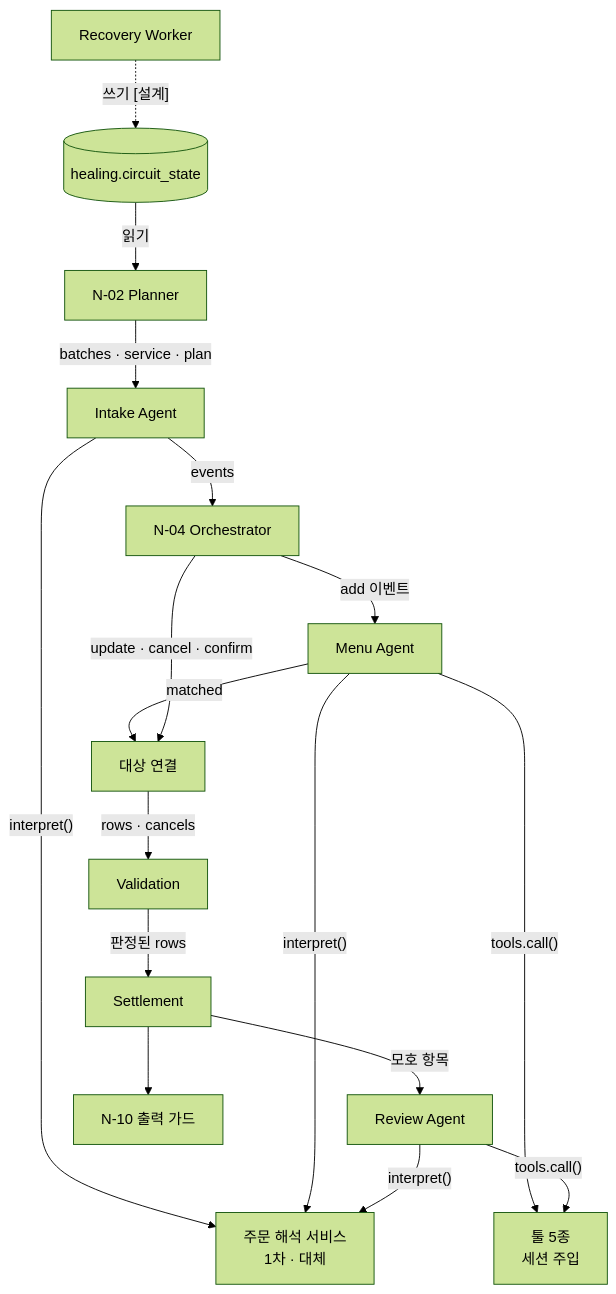
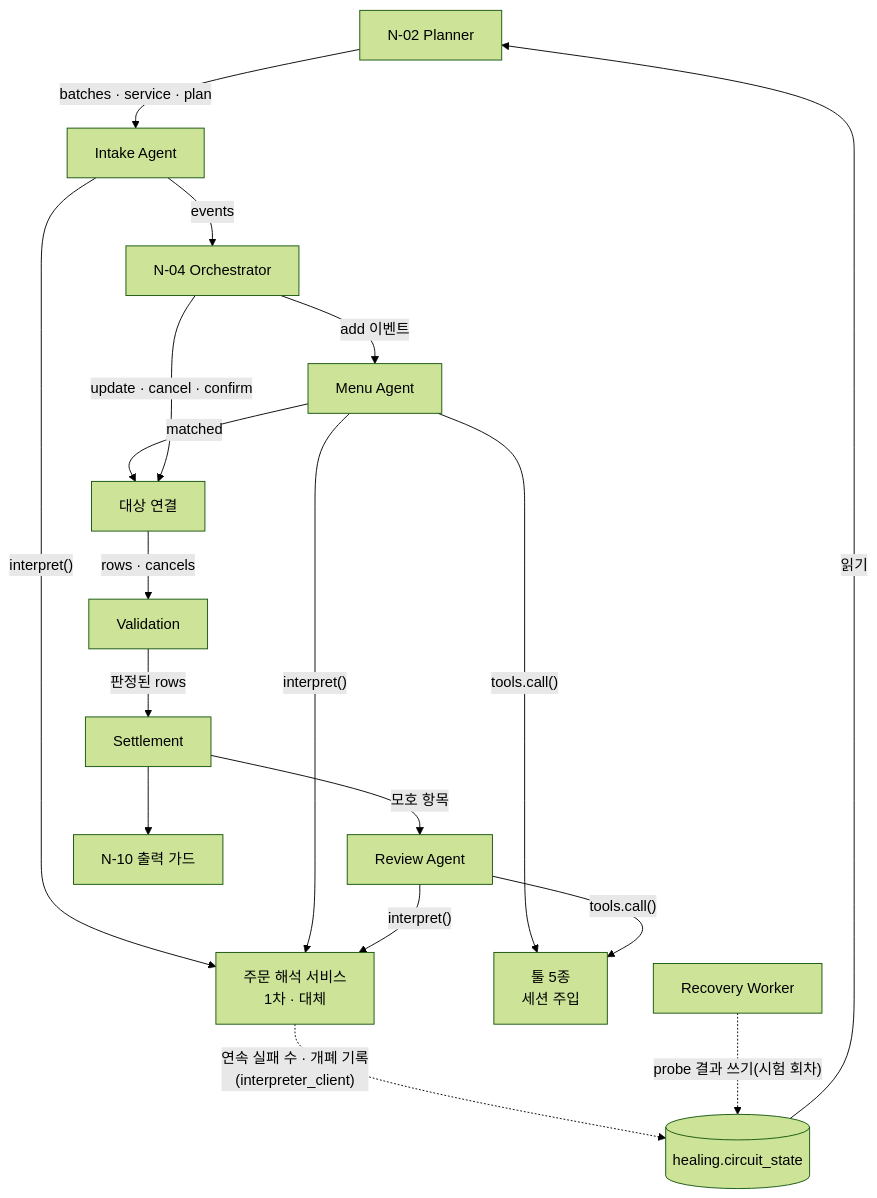
Before and after one commit to 931njhthe-star/moa: the second of 7 diagrams in docs/멀티에이전트 아키텍처 설계서.md, drawn with Mermaid (forest theme). The commit also changed other lines of this file, not shown here.

````diff
--- a/docs/멀티에이전트 아키텍처 설계서.md
+++ b/docs/멀티에이전트 아키텍처 설계서.md
@@ -211,16 +220,17 @@
 ```mermaid
 flowchart TD
     N02["N-02 Planner"] -->|"batches · service · plan"| N03["Intake Agent"]
     N03 -->|"events"| N04["N-04 Orchestrator"]
     N04 -->|"add 이벤트"| N05["Menu Agent"]
     N05 -->|"matched"| N06["대상 연결"]
     N04 -->|"update · cancel · confirm"| N06
     N06 -->|"rows · cancels"| N07["Validation"]
     N07 -->|"판정된 rows"| N09["Settlement"]
     N09 -->|"모호 항목"| RV["Review Agent"]
     N09 --> N10["N-10 출력 가드"]
     N03 & N05 & RV -->|"interpret()"| IS["주문 해석 서비스<br/>1차 · 대체"]
     N05 & RV -->|"tools.call()"| TL["툴 5종<br/>세션 주입"]
     CS[("healing.circuit_state")] -->|"읽기"| N02
-    REC["Recovery Worker"] -.->|"쓰기 [설계]"| CS
+    IS -.->|"연속 실패 수 · 개폐 기록<br/>(interpreter_client)"| CS
+    REC["Recovery Worker"] -.->|"probe 결과 쓰기(시험 회차)"| CS
 ```
````
